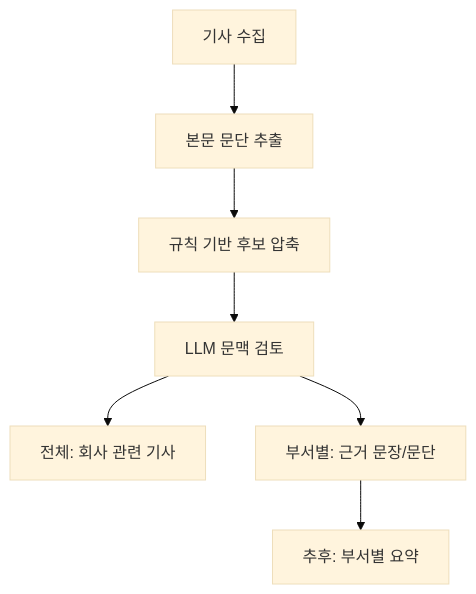
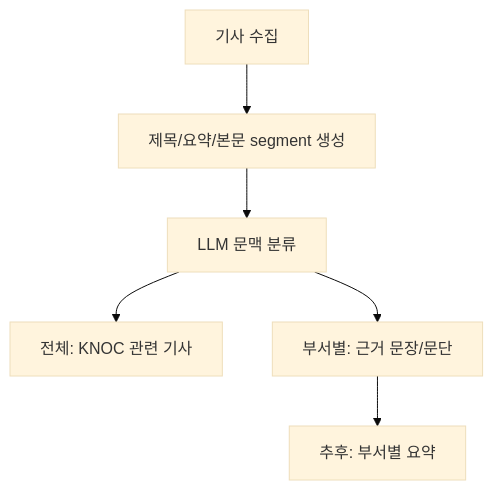
Before and after one commit to BrightAsh/knoc-dept-news-brief: the diagram in docs/llm-options.md, drawn with Mermaid (base theme). The commit also changed other lines of this file and 13 other files, not shown here.

````diff
--- a/docs/llm-options.md
+++ b/docs/llm-options.md
@@ -35,9 +38,8 @@
 ```mermaid
 flowchart TD
-  A["기사 수집"] --> B["본문 문단 추출"]
-  B --> C["규칙 기반 후보 압축"]
-  C --> D["LLM 문맥 검토"]
-  D --> E["전체: 회사 관련 기사"]
-  D --> F["부서별: 근거 문장/문단"]
-  F --> G["추후: 부서별 요약"]
+  A["기사 수집"] --> B["제목/요약/본문 segment 생성"]
+  B --> C["LLM 문맥 분류"]
+  C --> D["전체: KNOC 관련 기사"]
+  C --> E["부서별: 근거 문장/문단"]
+  E --> F["추후: 부서별 요약"]
 ```
````
